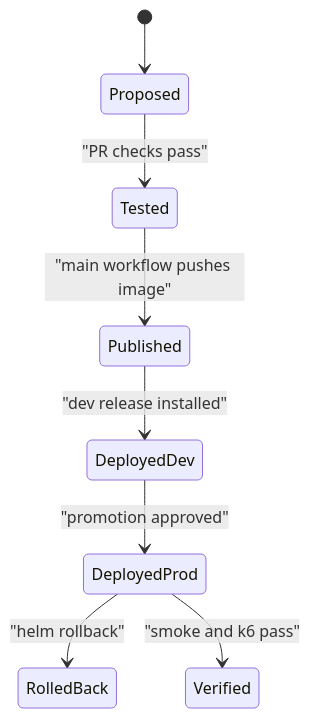
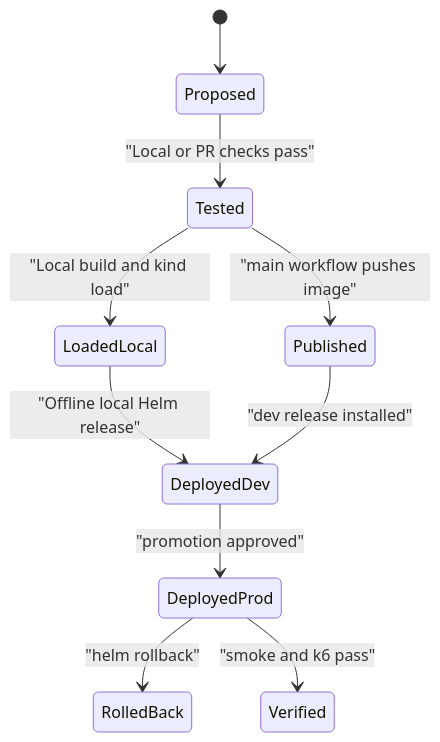
Before and after one commit to sukurcf/spec-shipit-devops-platform: the second of 2 diagrams in docs/03-functional-requirements.md, drawn with Mermaid. The commit also changed other lines of this file and 14 other files, not shown here.

````diff
--- a/docs/03-functional-requirements.md
+++ b/docs/03-functional-requirements.md
@@ -501,10 +518,12 @@
 ```mermaid
 stateDiagram-v2
   [*] --> Proposed
-  Proposed --> Tested: "PR checks pass"
+  Proposed --> Tested: "Local or PR checks pass"
+  Tested --> LoadedLocal: "Local build and kind load"
+  LoadedLocal --> DeployedDev: "Offline local Helm release"
   Tested --> Published: "main workflow pushes image"
   Published --> DeployedDev: "dev release installed"
   DeployedDev --> DeployedProd: "promotion approved"
   DeployedProd --> RolledBack: "helm rollback"
   DeployedProd --> Verified: "smoke and k6 pass"
 ```
````
